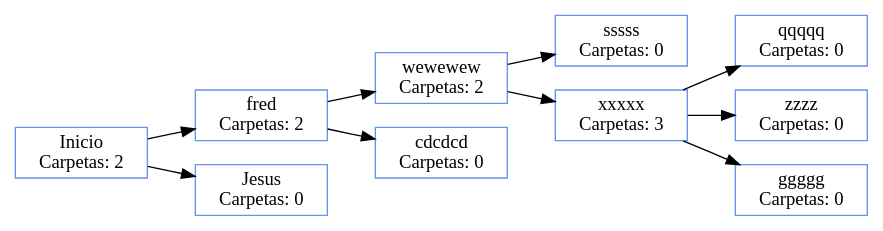
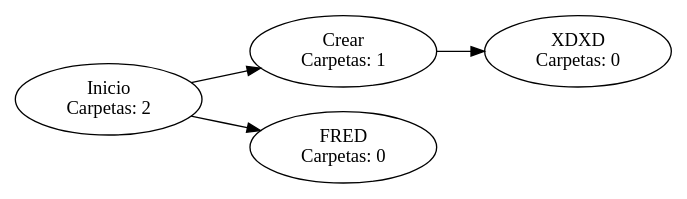
The diagram in Grafo.dot (fraced97/EDD_2S2019_PY2_201700350), drawn with Graphviz before and after one commit. The commit also changed 11 other files, not shown here.

```diff
--- a/Grafo.dot
+++ b/Grafo.dot
@@ -1,32 +1,13 @@
 digraph G {
 
-node [shape=box, color=cornflowerblue ];
 rankdir=LR;
 "Inicio
-Carpetas: 2"->"fred
-Carpetas: 2";
+Carpetas: 2"->"Crear
+Carpetas: 1";
 "Inicio
-Carpetas: 2"->"Jesus
+Carpetas: 2"->"FRED
 Carpetas: 0";
-"fred
-Carpetas: 2"->"wewewew
-Carpetas: 2";
-"fred
-Carpetas: 2"->"cdcdcd
-Carpetas: 0";
-"wewewew
-Carpetas: 2"->"sssss
-Carpetas: 0";
-"wewewew
-Carpetas: 2"->"xxxxx
-Carpetas: 3";
-"xxxxx
-Carpetas: 3"->"qqqqq
-Carpetas: 0";
-"xxxxx
-Carpetas: 3"->"zzzz
-Carpetas: 0";
-"xxxxx
-Carpetas: 3"->"ggggg
+"Crear
+Carpetas: 1"->"XDXD
 Carpetas: 0";
 }
```
